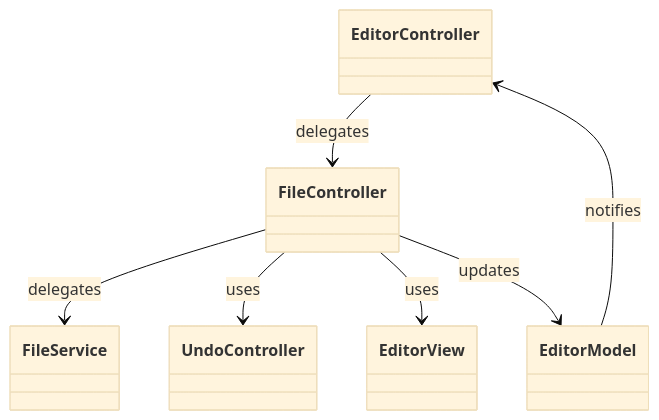
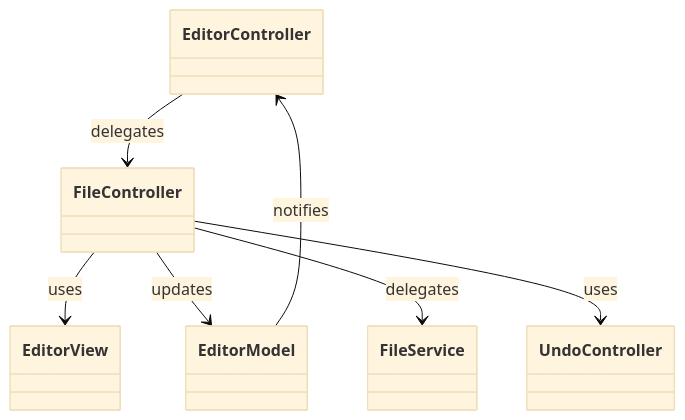
Before and after one commit to mkunori/TextEditor1Go: the first of 5 diagrams in README.md, drawn with Mermaid (base theme). The commit also changed other lines of this file, not shown here.

````diff
--- a/README.md
+++ b/README.md
@@ -191,17 +62,17 @@
 ```mermaid
 classDiagram
     class EditorController
     class FileController
     class FileService
     class EditorView
     class EditorModel
     class UndoController
 
-    FileController --> FileService : delegates
-    FileController --> UndoController : uses
     EditorController --> FileController : delegates
     FileController --> EditorView : uses
     FileController --> EditorModel : updates
+    FileController --> FileService : delegates
+    FileController --> UndoController : uses
 
     EditorModel --> EditorController : notifies
 ```
````
